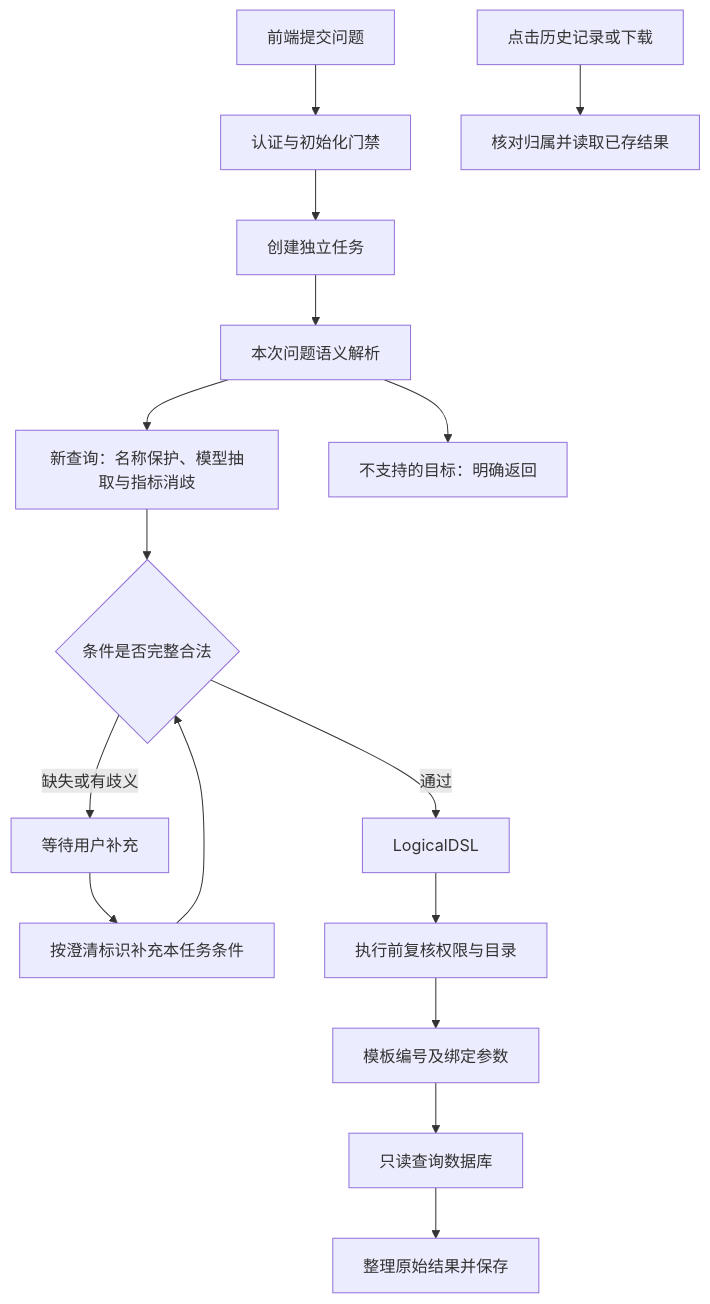
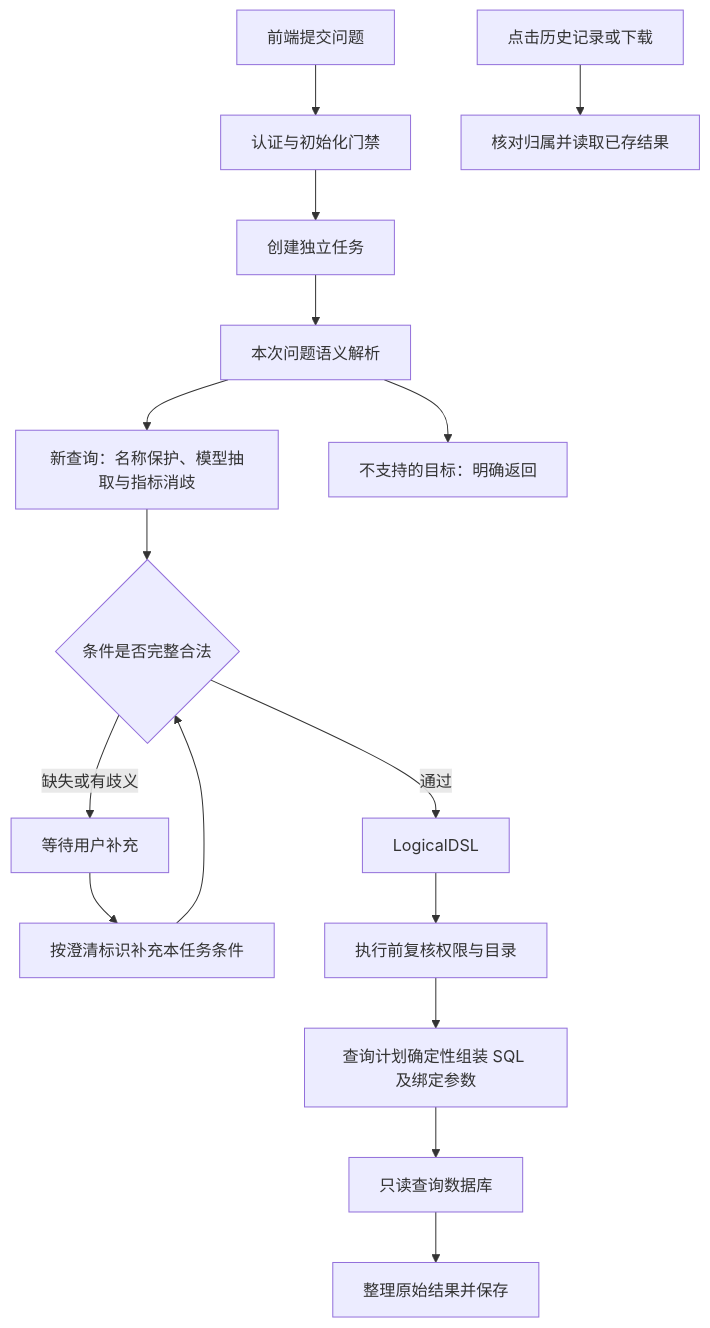
Before and after one commit to 6CYS/ask-metric-project: the diagram in docs/关键代码阅读指南.md, drawn with Mermaid. The commit also changed other lines of this file and 90 other files, not shown here.

````diff
--- a/docs/关键代码阅读指南.md
+++ b/docs/关键代码阅读指南.md
@@ -31,18 +31,18 @@
 ```mermaid
 flowchart TD
     A[前端提交问题] --> B[认证与初始化门禁]
     B --> C[创建独立任务]
     C --> D[本次问题语义解析]
     D --> E[新查询：名称保护、模型抽取与指标消歧]
     D --> H[不支持的目标：明确返回]
     E --> I{条件是否完整合法}
     I -->|缺失或有歧义| J[等待用户补充]
     J --> P[按澄清标识补充本任务条件]
     P --> I
     I -->|通过| K[LogicalDSL]
     K --> L[执行前复核权限与目录]
-    L --> M[模板编号及绑定参数]
+    L --> M[查询计划确定性组装 SQL 及绑定参数]
     M --> N[只读查询数据库]
     N --> O[整理原始结果并保存]
     Q[点击历史记录或下载] --> R[核对归属并读取已存结果]
 ```
````
